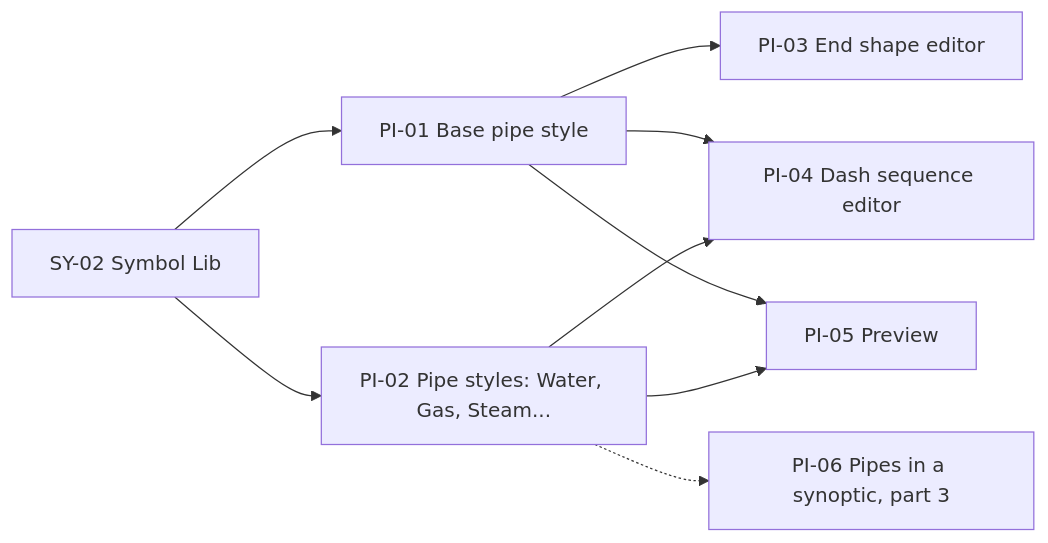
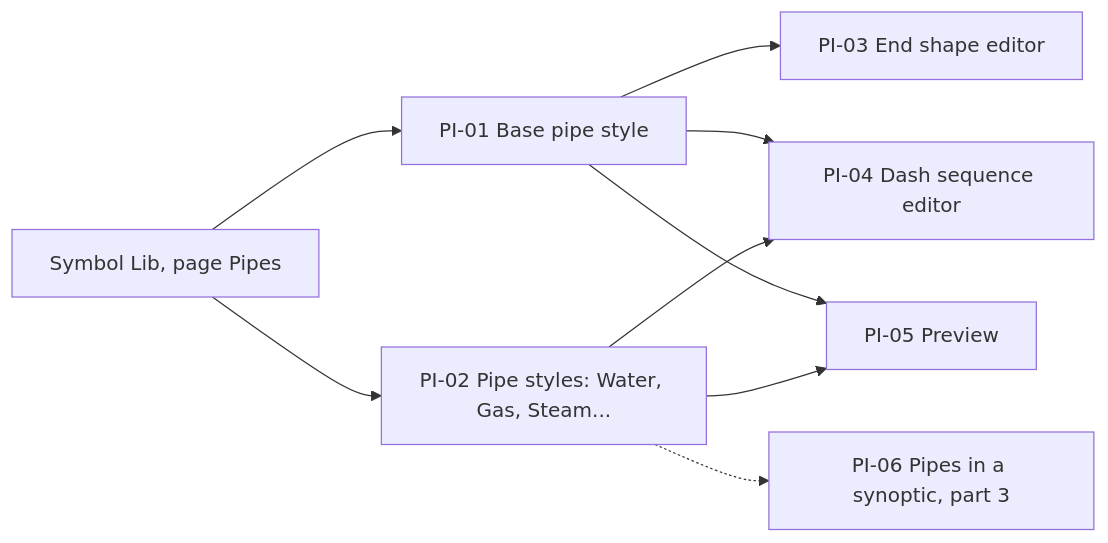
Before and after one commit to AlexandreGallais/synoptic-studio-spec: the first of 7 diagrams in screens/pipes.md, drawn with Mermaid. The commit also changed other lines of this file and 14 other files, not shown here.

First line of the commit message:
docs(spec): move symbol lib pages to the bar and fix faceplate write modes

````diff
--- a/screens/pipes.md
+++ b/screens/pipes.md
@@ -9,11 +9,11 @@
 ```mermaid
 flowchart LR
-    LIB["SY-02 Symbol Lib"] --> BASE["PI-01 Base pipe style"]
+    LIB["Symbol Lib, page Pipes"] --> BASE["PI-01 Base pipe style"]
     LIB --> STY["PI-02 Pipe styles: Water, Gas, Steam..."]
     BASE --> END["PI-03 End shape editor"]
     BASE --> DASH["PI-04 Dash sequence editor"]
     STY --> DASH
     BASE --> PRE["PI-05 Preview"]
     STY --> PRE
     STY -.-> SYN["PI-06 Pipes in a synoptic, part 3"]
 ```
````
